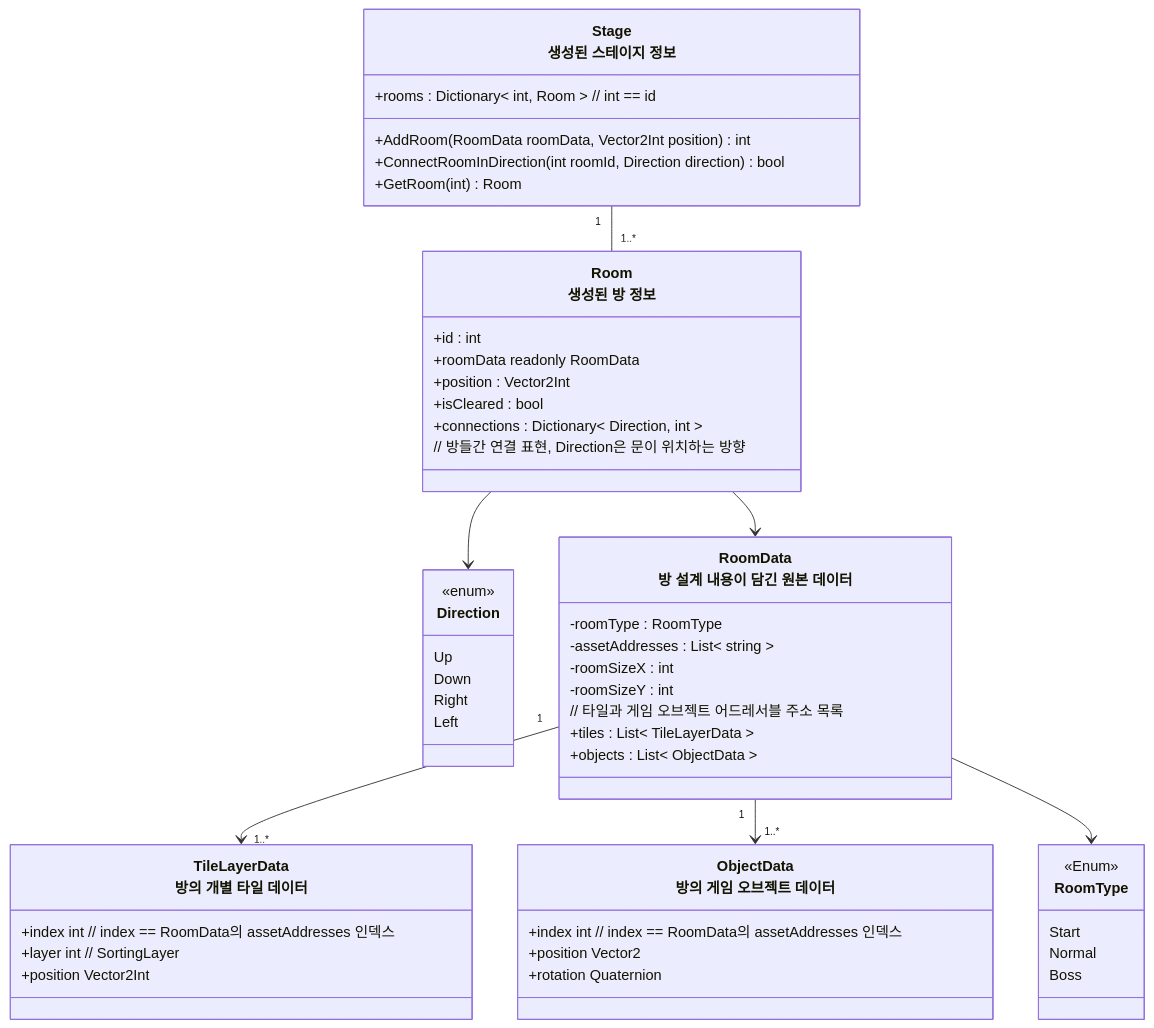
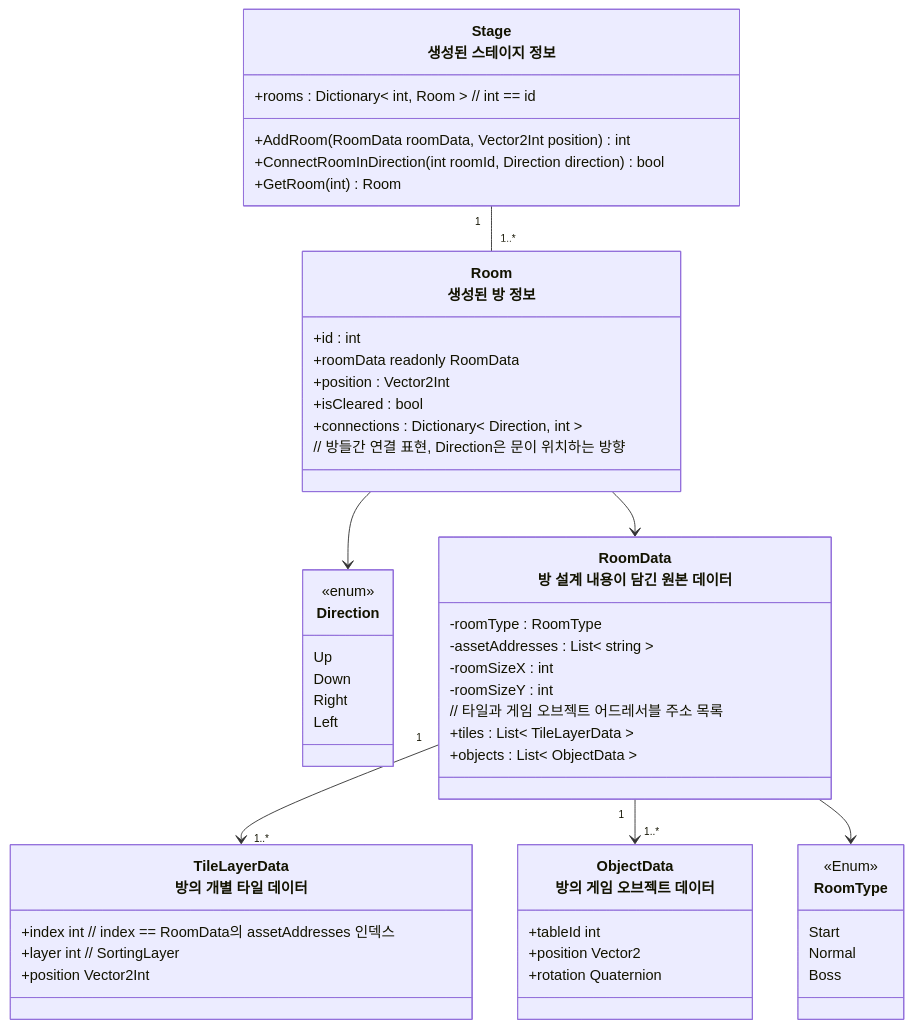
The first of 5 diagrams in README/스테이지_설계.md (JIN5EOK/DungeonShooter), drawn with Mermaid before and after one commit. The commit also changed other lines of this file and 9 other files, not shown here.

````diff
--- a/README/스테이지_설계.md
+++ b/README/스테이지_설계.md
@@ -13,63 +13,63 @@
 ```mermaid
 classDiagram
     class Direction {
         <<enum>>
         Up
         Down
         Right
         Left
     }
 
     class Stage["Stage<br>생성된 스테이지 정보"] {
         +rooms : Dictionary< int, Room > // int == id
         +AddRoom(RoomData roomData, Vector2Int position) int
         +ConnectRoomInDirection(int roomId, Direction direction) bool
         +GetRoom(int) Room
     }
 
     class Room["Room<br>생성된 방 정보"] {
         +id : int
         +roomData readonly RoomData 
         +position : Vector2Int
         +isCleared : bool
         +connections : Dictionary< Direction, int > 
         // 방들간 연결 표현, Direction은 문이 위치하는 방향
     }
 
     class RoomData["RoomData<br>방 설계 내용이 담긴 원본 데이터"] {
         -roomType : RoomType
         -assetAddresses : List< string >
         -roomSizeX : int
         -roomSizeY : int
         // 타일과 게임 오브젝트 어드레서블 주소 목록
         +tiles : List< TileLayerData >
         +objects : List< ObjectData >
     }
 
     class TileLayerData["TileLayerData<br>방의 개별 타일 데이터"]{
         +index int // index == RoomData의 assetAddresses 인덱스
         +layer int // SortingLayer
         +position Vector2Int
     }
 
     class ObjectData["ObjectData<br>방의 게임 오브젝트 데이터"]{
-        +index int // index == RoomData의 assetAddresses 인덱스
+        +tableId int
         +position Vector2
         +rotation Quaternion
     }
 
     class RoomType{
         <<Enum>>
         Start
         Normal
         Boss
     }
 
 
     Room --> Direction
     Stage "1" -- "1..*" Room
     Room --> RoomData
     RoomData "1"-->"1..*" TileLayerData
     RoomData "1"-->"1..*" ObjectData
     RoomData --> RoomType
 ```
````
